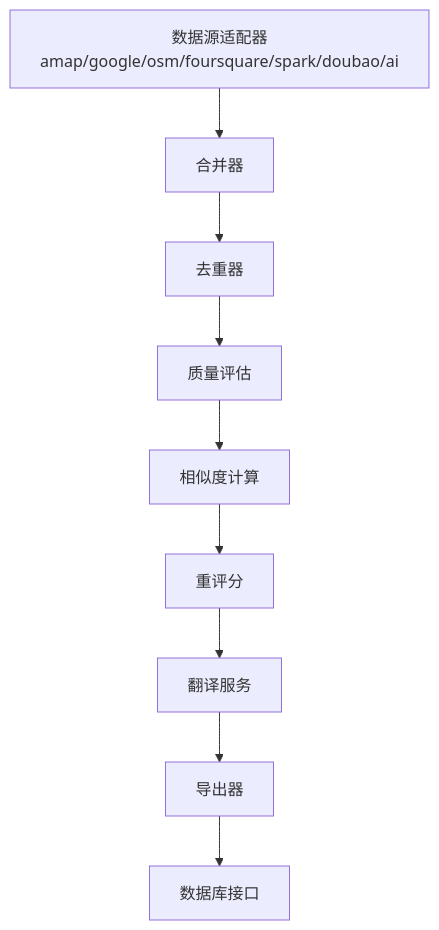
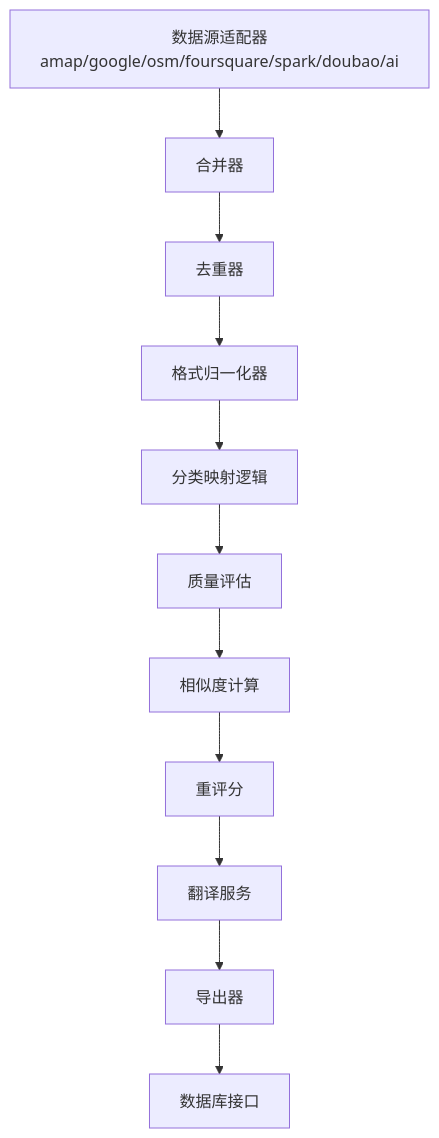
One commit to ititjjy/AITrip-plan changed the second of 13 diagrams in .qoder/repowiki/zh/content/AI数据采集系统/数据处理管道/数据处理管道.md. Above: the diagram before and after it, drawn with Mermaid. The commit also changed other lines of this file and 144 other files, not shown here.

````diff
--- a/.qoder/repowiki/zh/content/AI数据采集系统/数据处理管道/数据处理管道.md
+++ b/.qoder/repowiki/zh/content/AI数据采集系统/数据处理管道/数据处理管道.md
@@ -234,11 +251,13 @@
 ```mermaid
 graph TB
 DS["数据源适配器<br/>amap/google/osm/foursquare/spark/doubao/ai"] --> MERGE["合并器"]
 MERGE --> DEDUP["去重器"]
-DEDUP --> QUAL["质量评估"]
+DEDUP --> NORM["格式归一化器"]
+NORM --> CM["分类映射逻辑"]
+CM --> QUAL["质量评估"]
 QUAL --> SIM["相似度计算"]
 SIM --> RESCORE["重评分"]
 RESCORE --> TRANSLATE["翻译服务"]
 TRANSLATE --> EXPORT["导出器"]
 EXPORT --> DB["数据库接口"]
 ```
````
